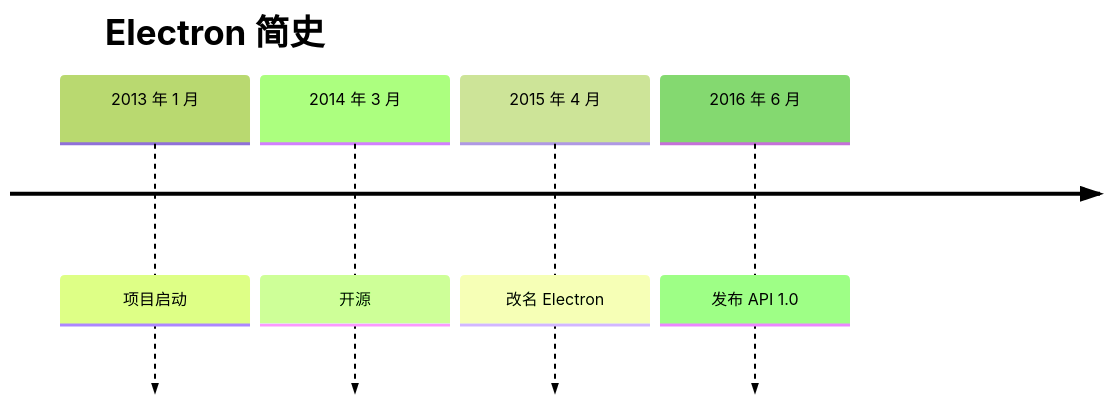
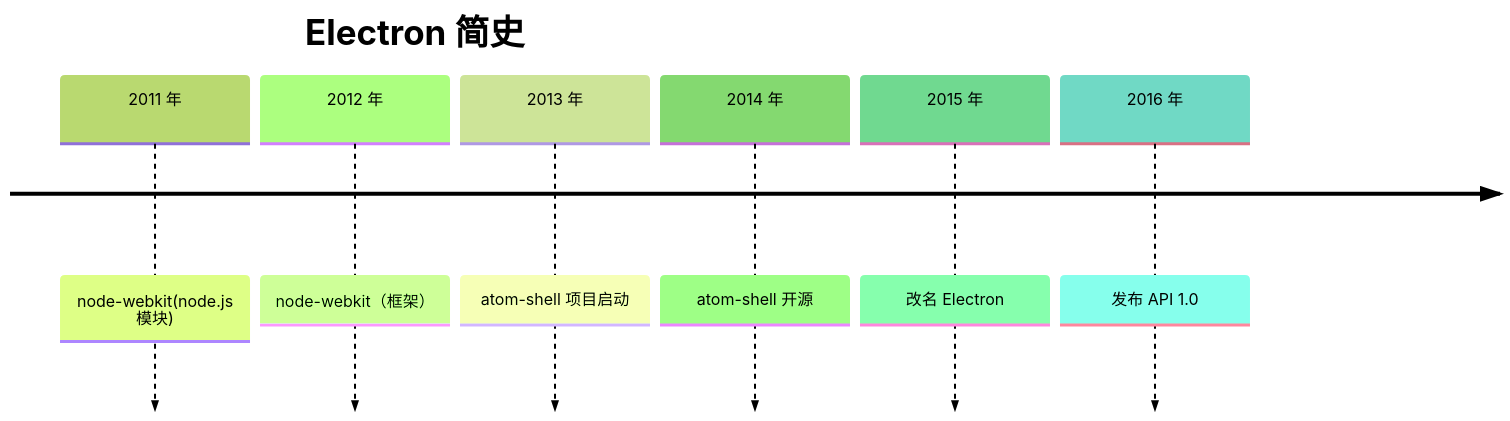
Before and after one commit to Penggeor/ken: the diagram in docs-class/Electron/02-Electron 历史课.md, drawn with Mermaid (forest theme). The commit also changed other lines of this file, not shown here.

Commit message:
chore: Enhance Electron documentation with historical timeline and additional context

````diff
--- a/docs-class/Electron/02-Electron 历史课.md
+++ b/docs-class/Electron/02-Electron 历史课.md
@@ -16,8 +10,10 @@
 ```mermaid
 timeline
     title Electron 简史
-    2013 年 1 月 : 项目启动
-    2014 年 3 月 : 开源
-    2015 年 4 月 : 改名 Electron
-    2016 年 6 月 : 发布 API 1.0
+    2011 年 : node-webkit(node.js 模块)
+    2012 年 : node-webkit（框架）
+    2013 年 : atom-shell 项目启动
+    2014 年 : atom-shell 开源
+    2015 年 : 改名 Electron
+    2016 年 : 发布 API 1.0
 ```
````
